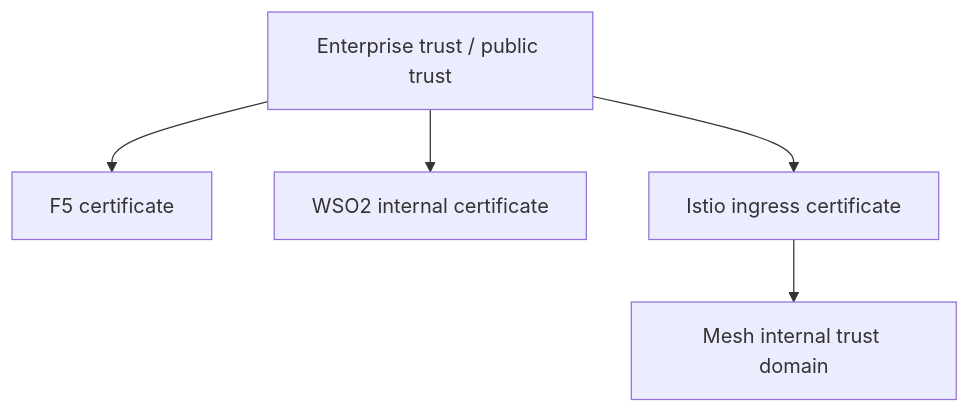
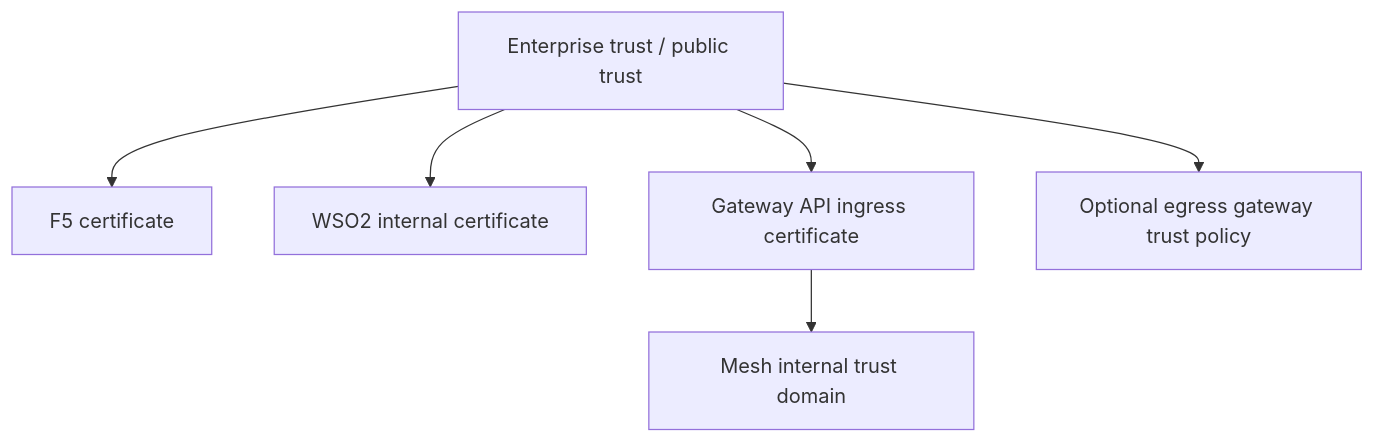
The fourth of 4 diagrams in gateway patterns/04-tls-termination-and-trust-models.md (zeshaq/tutorials-presentations-docs), drawn with Mermaid before and after one commit. The commit also changed other lines of this file and 10 other files, not shown here.

````diff
--- a/gateway patterns/04-tls-termination-and-trust-models.md
+++ b/gateway patterns/04-tls-termination-and-trust-models.md
@@ -72,7 +73,8 @@
 ```mermaid
 flowchart TB
     ROOT["Enterprise trust / public trust"] --> F5CERT["F5 certificate"]
     ROOT --> WSO2CERT["WSO2 internal certificate"]
-    ROOT --> IGWCERT["Istio ingress certificate"]
+    ROOT --> IGWCERT["Gateway API ingress certificate"]
+    ROOT --> EGWCERT["Optional egress gateway trust policy"]
     IGWCERT --> MESH["Mesh internal trust domain"]
 ```
````
